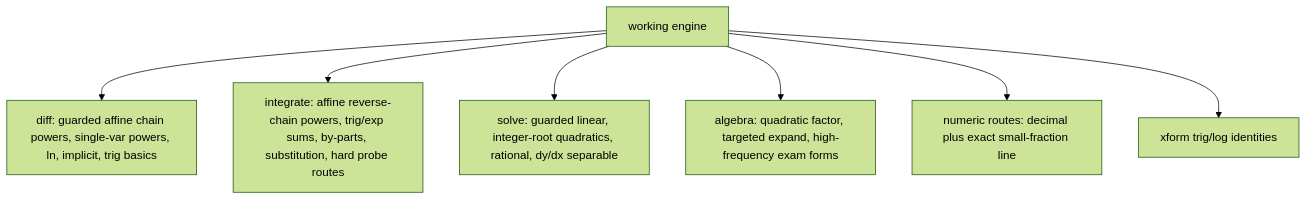
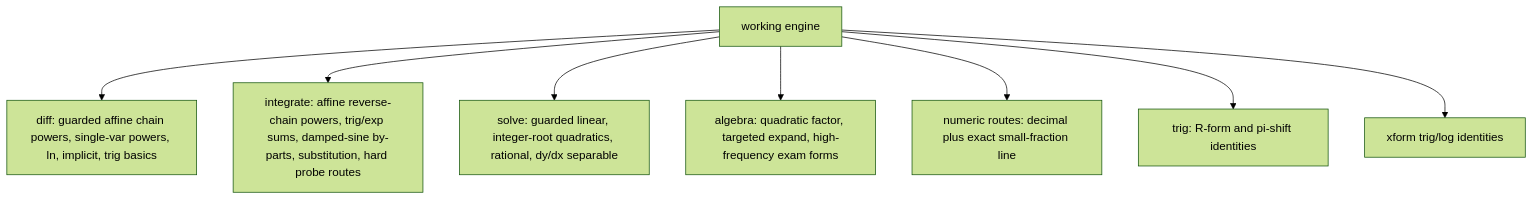
Before and after one commit to james8464/notes-addin-casio-fx-cg50: the third of 5 diagrams in docs/GRAPH.md, drawn with Mermaid (forest theme). The commit also changed other lines of this file and 4 other files, not shown here.

````diff
--- a/docs/GRAPH.md
+++ b/docs/GRAPH.md
@@ -34,9 +34,10 @@
 ```mermaid
 graph TD
   Work["working engine"] --> Diff["diff: guarded affine chain powers, single-var powers, ln, implicit, trig basics"]
-  Work --> Int["integrate: affine reverse-chain powers, trig/exp sums, by-parts, substitution, hard probe routes"]
+  Work --> Int["integrate: affine reverse-chain powers, trig/exp sums, damped-sine by-parts, substitution, hard probe routes"]
   Work --> Solve["solve: guarded linear, integer-root quadratics, rational, dy/dx separable"]
   Work --> Alg["algebra: quadratic factor, targeted expand, high-frequency exam forms"]
   Work --> Num["numeric routes: decimal plus exact small-fraction line"]
+  Work --> Trig["trig: R-form and pi-shift identities"]
   Work --> Xform["xform trig/log identities"]
 ```
````
